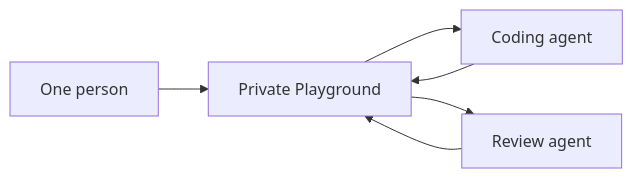
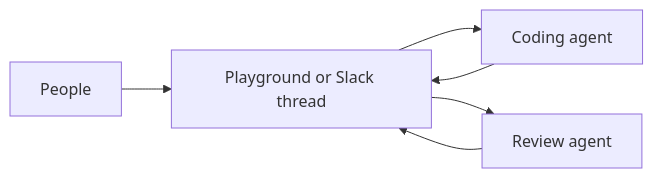
Before and after one commit to agentconnect-md/docs: the second of 6 diagrams in docs/Build Your Team/Agents/multi-agent-work-modes.md, drawn with Mermaid. The commit also changed other lines of this file and 10 other files, not shown here.

````diff
--- a/docs/Build Your Team/Agents/multi-agent-work-modes.md
+++ b/docs/Build Your Team/Agents/multi-agent-work-modes.md
@@ -41,8 +41,8 @@
 ```mermaid
 flowchart LR
-  Person["One person"] --> Conversation["Private Playground"]
+  Person["People"] --> Conversation["Playground or Slack thread"]
   Conversation --> Coding["Coding agent"]
   Conversation --> Review["Review agent"]
   Coding --> Conversation
   Review --> Conversation
 ```
````
